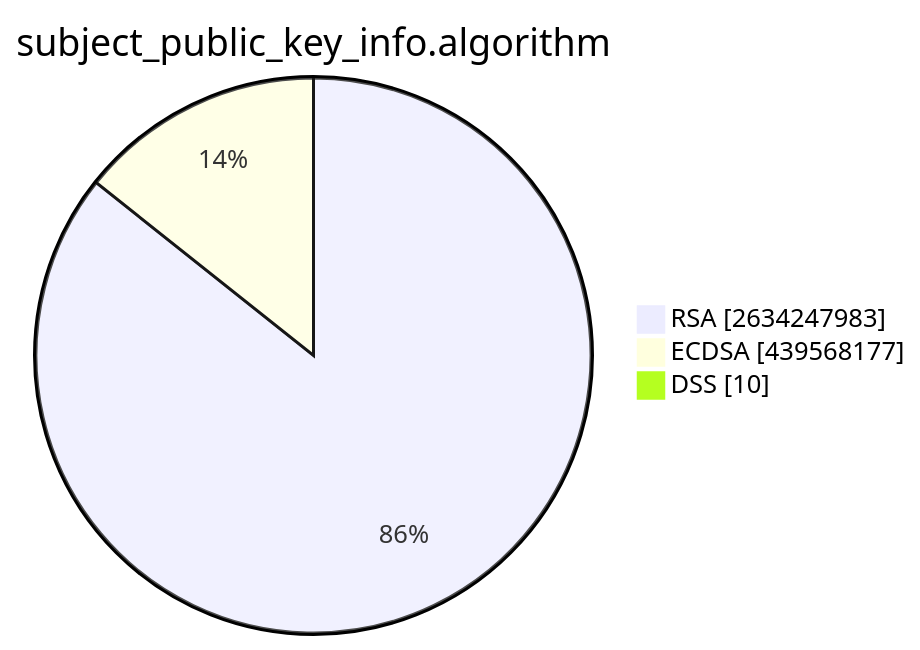
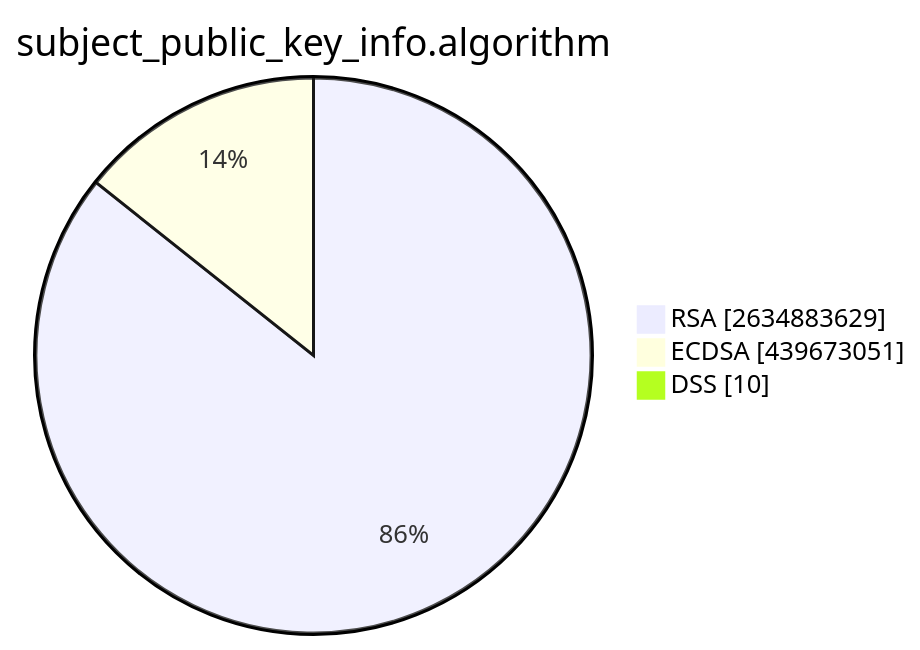
Before and after one commit to christiankrug/ctmonitor_visualization: the second of 15 diagrams in TOTAL/README.md, drawn with Mermaid. The commit also changed other lines of this file, not shown here.

````diff
--- a/TOTAL/README.md
+++ b/TOTAL/README.md
@@ -6,7 +6,7 @@
 ```mermaid
 pie showData
 title subject_public_key_info.algorithm
-"RSA" :2634247983
-"ECDSA" :439568177
+"RSA" :2634883629
+"ECDSA" :439673051
 "DSS" :10
 ```
````
